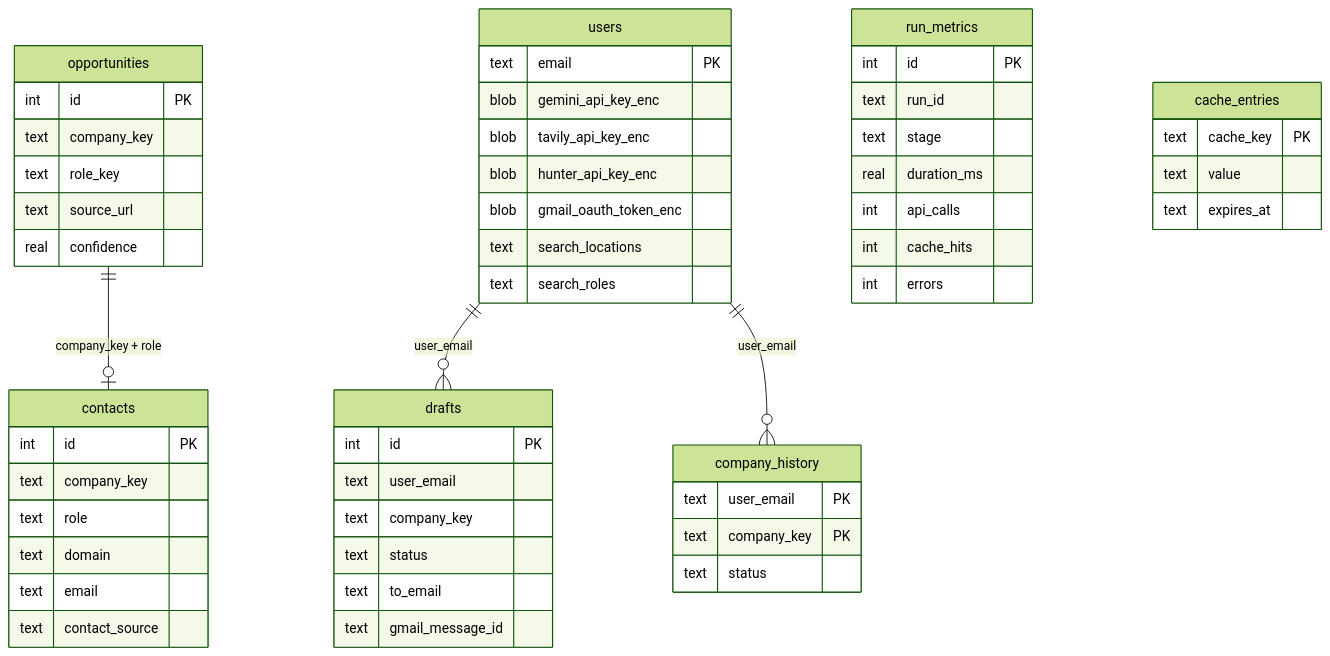
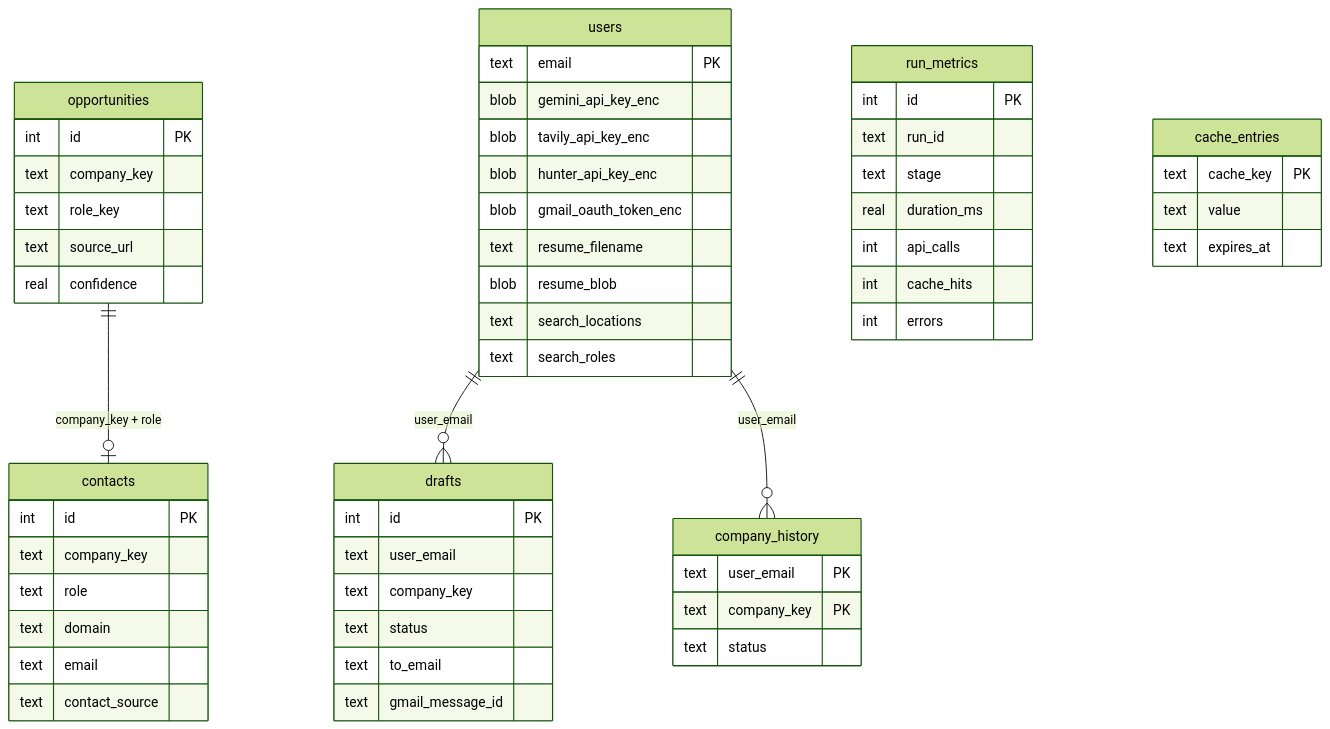
One commit to ksm0712/internship-agent changed the second of 2 diagrams in ARCHITECTURE.md. Above: the diagram before and after it, drawn with Mermaid (forest theme). The commit also changed other lines of this file, not shown here.

Commit message:
Update architecture for hosted storage

````diff
--- a/ARCHITECTURE.md
+++ b/ARCHITECTURE.md
@@ -45,58 +45,60 @@
 ```mermaid
 erDiagram
     opportunities {
         int id PK
         text company_key
         text role_key
         text source_url
         real confidence
     }
     contacts {
         int id PK
         text company_key
         text role
         text domain
         text email
         text contact_source
     }
     users {
         text email PK
         blob gemini_api_key_enc
         blob tavily_api_key_enc
         blob hunter_api_key_enc
         blob gmail_oauth_token_enc
+        text resume_filename
+        blob resume_blob
         text search_locations
         text search_roles
     }
     drafts {
         int id PK
         text user_email
         text company_key
         text status
         text to_email
         text gmail_message_id
     }
     company_history {
         text user_email PK
         text company_key PK
         text status
     }
     run_metrics {
         int id PK
         text run_id
         text stage
         real duration_ms
         int api_calls
         int cache_hits
         int errors
     }
     cache_entries {
         text cache_key PK
         text value
         text expires_at
     }
 
     users ||--o{ drafts : "user_email"
     users ||--o{ company_history : "user_email"
     opportunities ||--o| contacts : "company_key + role"
 ```
````
